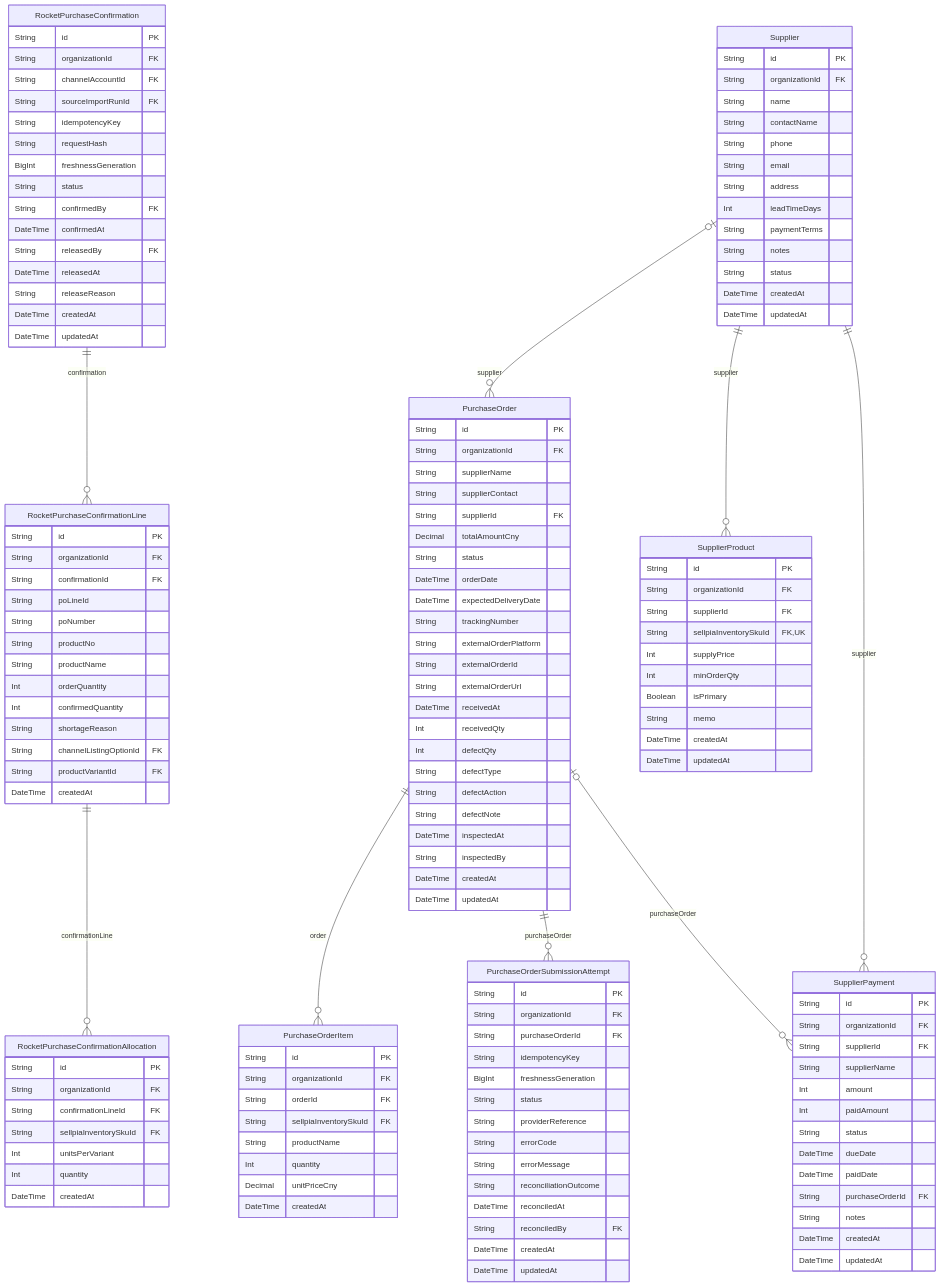
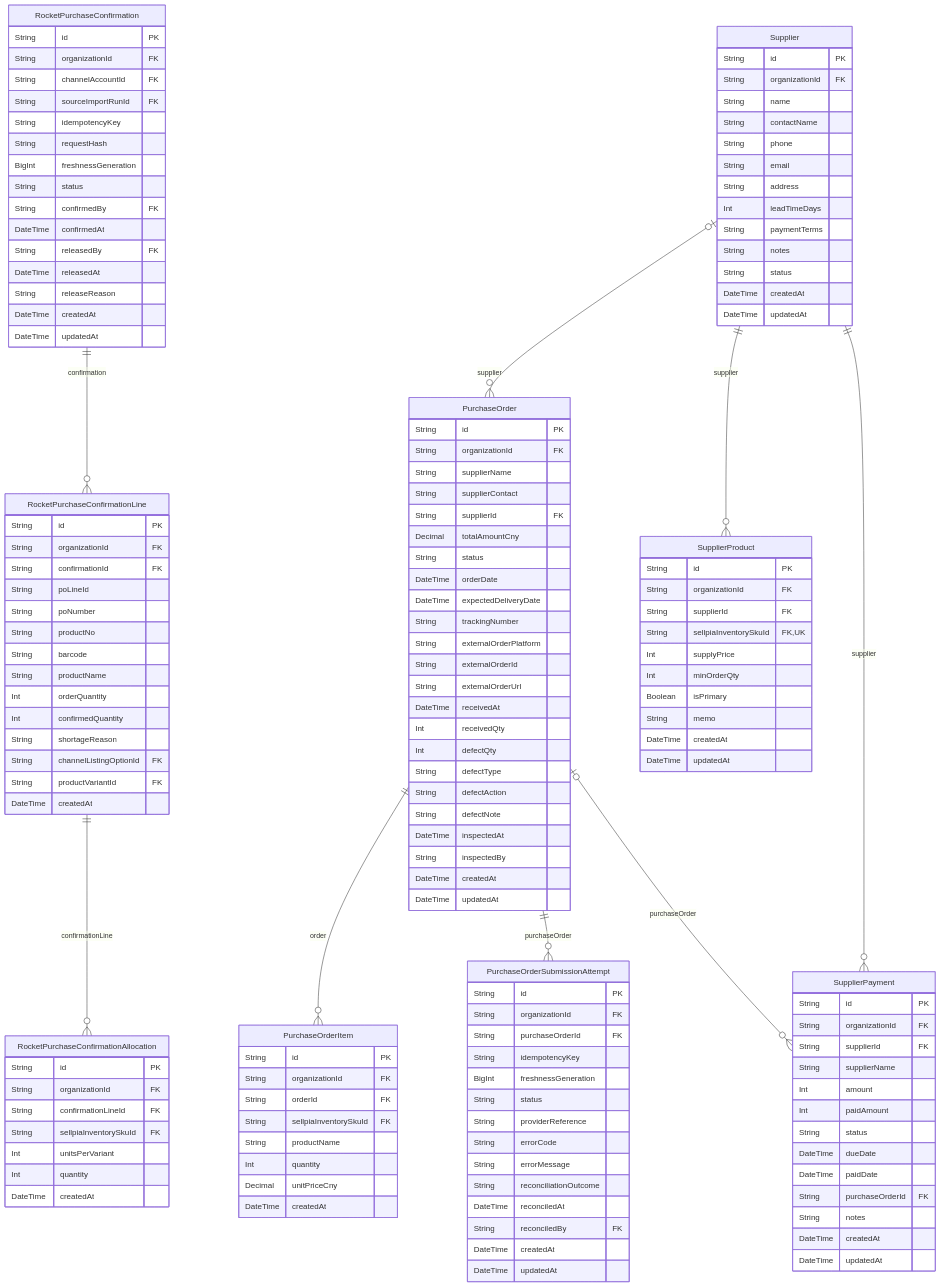
The diagram in docs/erd/supply.md (AgentFoundry-Labs/kiditem), drawn with Mermaid before and after one commit. The commit also changed 18 other files, not shown here.

```diff
--- a/docs/erd/supply.md
+++ b/docs/erd/supply.md
@@ -107,6 +107,7 @@
     String poLineId
     String poNumber
     String productNo
+    String barcode
     String productName
     Int orderQuantity
     Int confirmedQuantity
```
